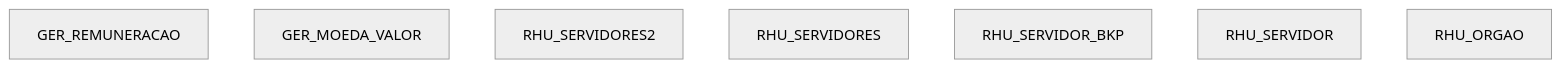
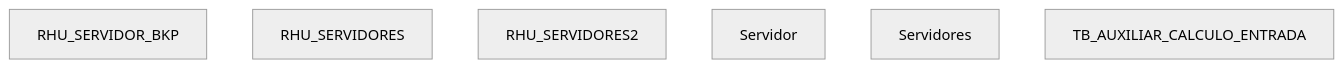
The sixth of 15 diagrams in BDFolhaBA.md (PedroDeveloper/adsd), drawn with Mermaid before and after one commit. The commit also changed other lines of this file, not shown here.

````diff
--- a/BDFolhaBA.md
+++ b/BDFolhaBA.md
@@ -105,18 +124,16 @@
 ```mermaid
 graph TB
 %%{ init: { 'theme': 'neutral', 'flowchart': { 'useMaxWidth': false, 'curve': 'basis' }}}%%
-	GER_REMUNERACAO["GER_REMUNERACAO"]
+	RHU_SERVIDOR_BKP["RHU_SERVIDOR_BKP"]
 
-	GER_MOEDA_VALOR["GER_MOEDA_VALOR"]
+	RHU_SERVIDORES["RHU_SERVIDORES"]
 
 	RHU_SERVIDORES2["RHU_SERVIDORES2"]
 
-	RHU_SERVIDORES["RHU_SERVIDORES"]
+	Servidor["Servidor"]
 
-	RHU_SERVIDOR_BKP["RHU_SERVIDOR_BKP"]
+	Servidores["Servidores"]
 
-	RHU_SERVIDOR["RHU_SERVIDOR"]
-
-	RHU_ORGAO["RHU_ORGAO"]
+	TB_AUXILIAR_CALCULO_ENTRADA["TB_AUXILIAR_CALCULO_ENTRADA"]
 
 ```
````
